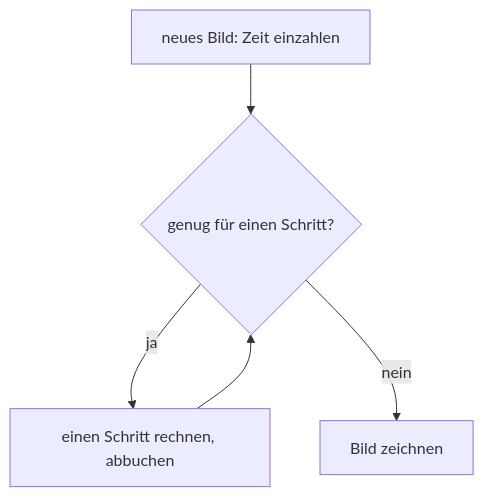
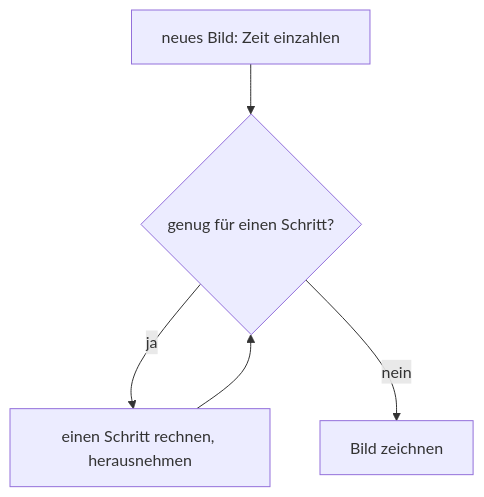
One commit to ChristianHohlfeld/kernengine.de changed the first of 2 diagrams in kern/docs/buch-gruen/C-grundlagen-physik.md. Above: the diagram before and after it, drawn with Mermaid. The commit also changed other lines of this file and 9 other files, not shown here.

````diff
--- a/kern/docs/buch-gruen/C-grundlagen-physik.md
+++ b/kern/docs/buch-gruen/C-grundlagen-physik.md
@@ -130,7 +124,8 @@
 ```mermaid
+%% Bildunterschrift: Das Sparschwein der Zeit – gerechnet wird nur in ganzen, gleich großen Schritten
 flowchart TB
   F["neues Bild: Zeit einzahlen"] --> L{"genug für einen Schritt?"}
-  L -->|ja| S["einen Schritt rechnen, abbuchen"]
+  L -->|ja| S["einen Schritt rechnen, herausnehmen"]
   S --> L
   L -->|nein| R["Bild zeichnen"]
 ```
````
